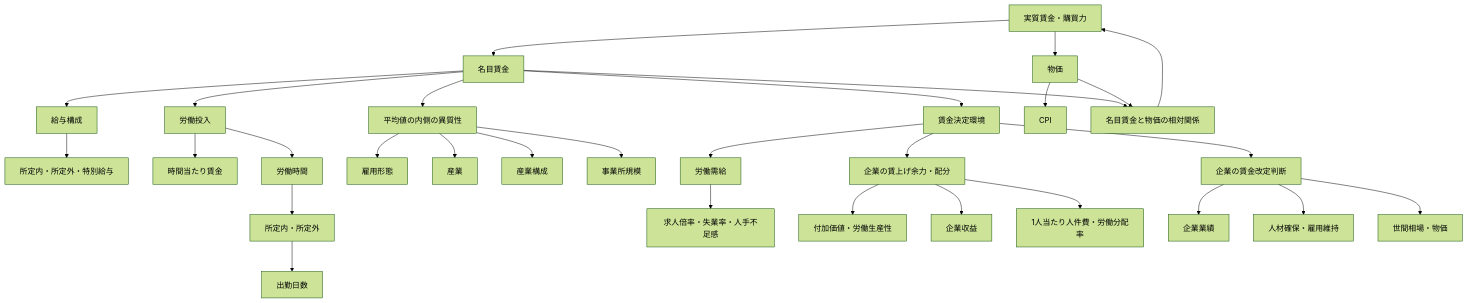
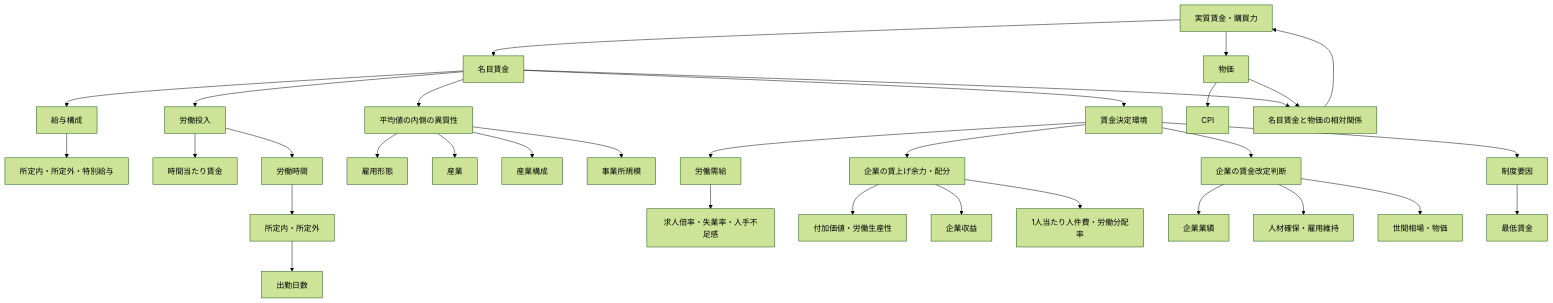
Before and after one commit to rin-sato-tech/real_wage_dashboard: the diagram in docs/analysis/00_overview.md, drawn with Mermaid (forest theme). The commit also changed other lines of this file and 1 other file, not shown here.

````diff
--- a/docs/analysis/00_overview.md
+++ b/docs/analysis/00_overview.md
@@ -201,41 +228,44 @@
 ```mermaid
 flowchart TD
     A[実質賃金・購買力] --> B[名目賃金]
     A --> C[物価]
 
     B --> D[給与構成]
     B --> E[労働投入]
     B --> F[平均値の内側の異質性]
     B --> G[賃金決定環境]
 
     D --> D1[所定内・所定外・特別給与]
 
     E --> E1[時間当たり賃金]
     E --> E2[労働時間]
     E2 --> E3[所定内・所定外]
     E3 --> E4[出勤日数]
 
     F --> F1[雇用形態]
     F --> F2[産業]
     F --> F3[産業構成]
     F --> F4[事業所規模]
 
     G --> G1[労働需給]
     G --> G2[企業の賃上げ余力・配分]
     G --> G3[企業の賃金改定判断]
+    G --> G4[制度要因]
 
     G1 --> G11[求人倍率・失業率・人手不足感]
 
     G2 --> G21[付加価値・労働生産性]
     G2 --> G22[企業収益]
     G2 --> G23[1人当たり人件費・労働分配率]
 
     G3 --> G31[企業業績]
     G3 --> G32[人材確保・雇用維持]
     G3 --> G33[世間相場・物価]
 
+    G4 --> G41[最低賃金]
+
     C --> C1[CPI]
     B --> H[名目賃金と物価の相対関係]
     C --> H
     H --> A
 ```
````
